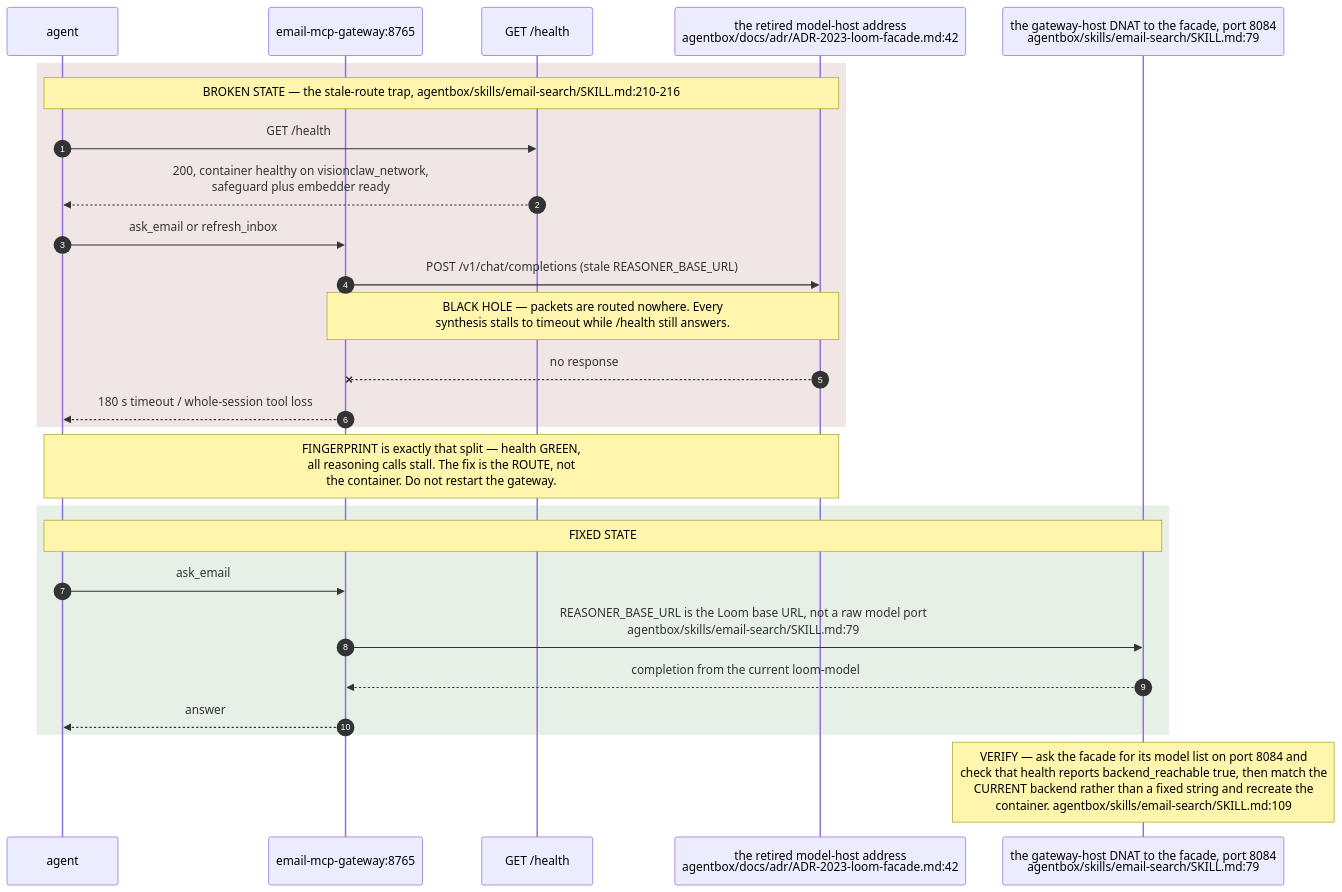
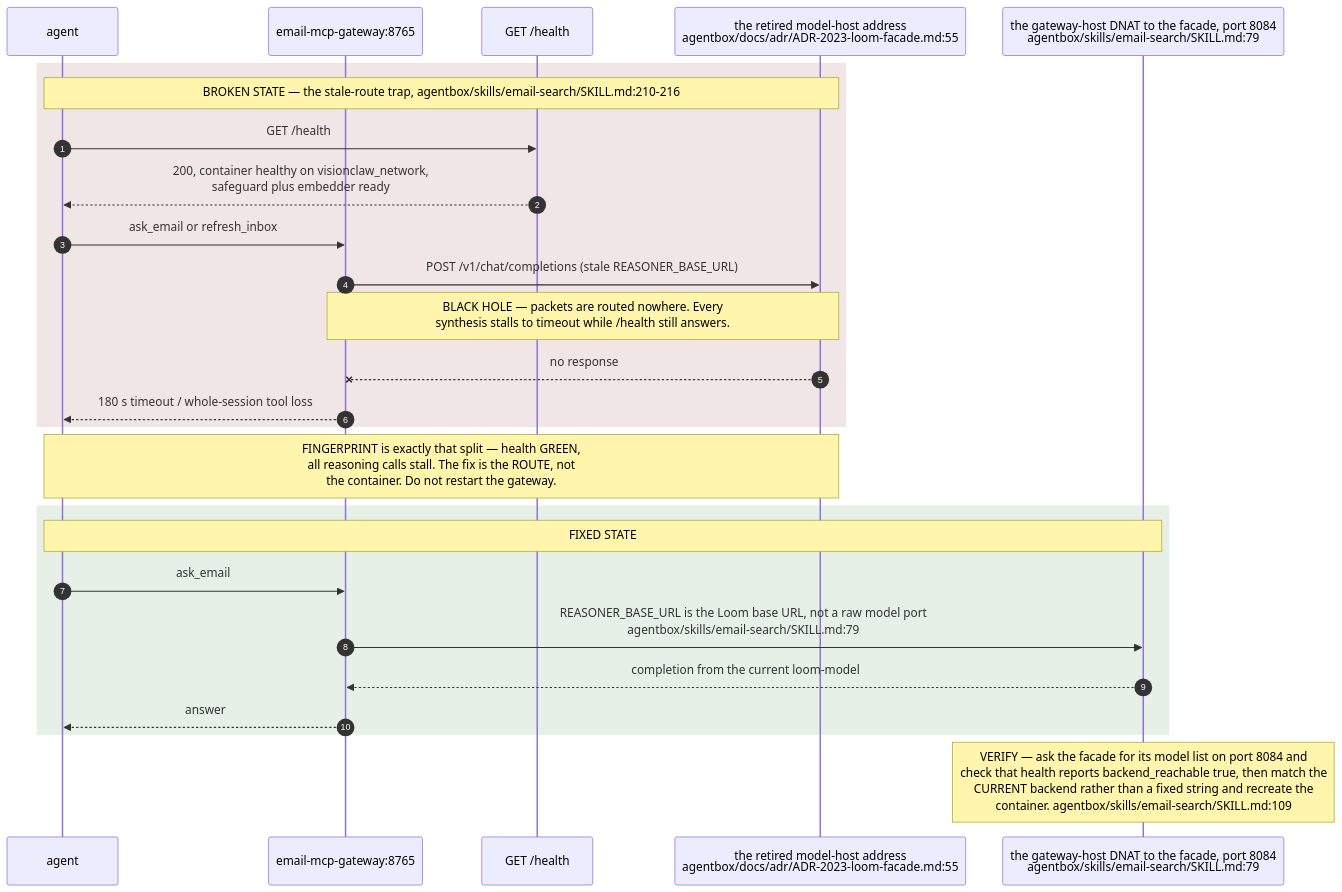
Before and after one commit to DreamLab-AI/VisionFlow: the seventh of 11 diagrams in docs/diagrams/estate/06-loom-and-email-privacy-path.md, drawn with Mermaid. The commit also changed other lines of this file and 145 other files, not shown here.

````diff
--- a/docs/diagrams/estate/06-loom-and-email-privacy-path.md
+++ b/docs/diagrams/estate/06-loom-and-email-privacy-path.md
@@ -240,29 +241,29 @@
 ```mermaid
 sequenceDiagram
     autonumber
     participant A as agent
     participant G as email-mcp-gateway:8765
     participant H as GET /health
-    participant DEAD as the retired model-host address<br/>agentbox/docs/adr/ADR-2023-loom-facade.md:42
+    participant DEAD as the retired model-host address<br/>agentbox/docs/adr/ADR-2023-loom-facade.md:55
     participant GOOD as the gateway-host DNAT to the facade, port 8084<br/>agentbox/skills/email-search/SKILL.md:79
 
     rect rgb(240,230,230)
     Note over A,DEAD: BROKEN STATE — the stale-route trap, agentbox/skills/email-search/SKILL.md:210-216
     A->>H: GET /health
     H-->>A: 200, container healthy on visionclaw_network,<br/>safeguard plus embedder ready
     A->>G: ask_email or refresh_inbox
     G->>DEAD: POST /v1/chat/completions (stale REASONER_BASE_URL)
     Note over G,DEAD: BLACK HOLE — packets are routed nowhere. Every<br/>synthesis stalls to timeout while /health still answers.
     DEAD--xG: no response
     G-->>A: 180 s timeout / whole-session tool loss
     end
     Note over A,DEAD: FINGERPRINT is exactly that split — health GREEN,<br/>all reasoning calls stall. The fix is the ROUTE, not<br/>the container. Do not restart the gateway.
     rect rgb(230,240,230)
     Note over A,GOOD: FIXED STATE
     A->>G: ask_email
     G->>GOOD: REASONER_BASE_URL is the Loom base URL, not a raw model port<br/>agentbox/skills/email-search/SKILL.md:79
     GOOD-->>G: completion from the current loom-model
     G-->>A: answer
     end
     Note over GOOD: VERIFY — ask the facade for its model list on port 8084 and<br/>check that health reports backend_reachable true, then match the<br/>CURRENT backend rather than a fixed string and recreate the<br/>container. agentbox/skills/email-search/SKILL.md:109
 ```
````
